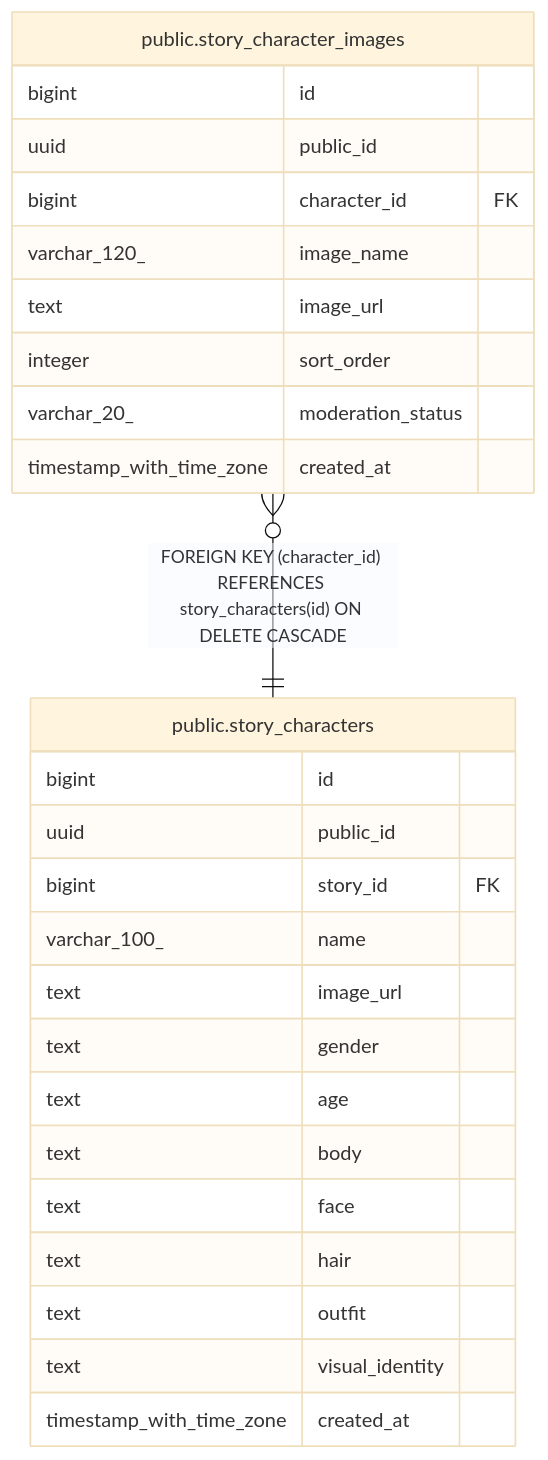
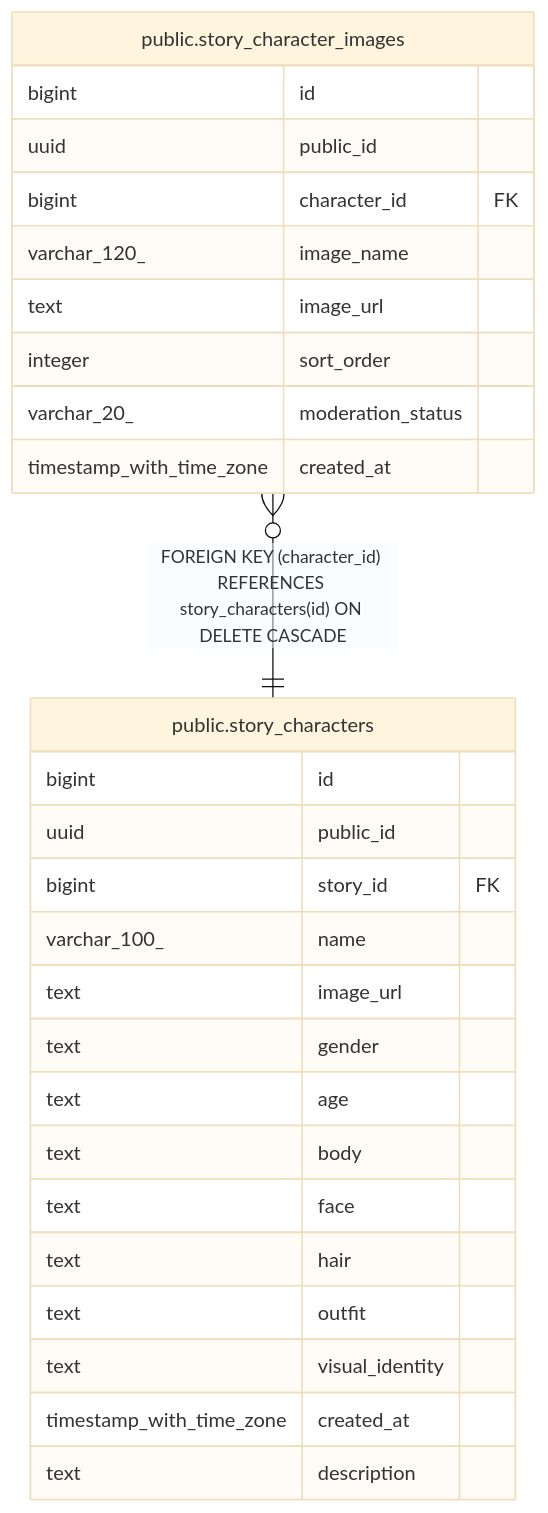
The diagram in dbdoc/public.story_character_images.md (KIM-N-KANG/manyak-server), drawn with Mermaid (base theme) before and after one commit. The commit also changed 14 other files, not shown here.

````diff
--- a/dbdoc/public.story_character_images.md
+++ b/dbdoc/public.story_character_images.md
@@ -37,31 +37,32 @@
 ```mermaid
 erDiagram
 
 "public.story_character_images" }o--|| "public.story_characters" : "FOREIGN KEY (character_id) REFERENCES story_characters(id) ON DELETE CASCADE"
 
 "public.story_character_images" {
   bigint id
   uuid public_id
   bigint character_id FK
   varchar_120_ image_name
   text image_url
   integer sort_order
   varchar_20_ moderation_status
   timestamp_with_time_zone created_at
 }
 "public.story_characters" {
   bigint id
   uuid public_id
   bigint story_id FK
   varchar_100_ name
   text image_url
   text gender
   text age
   text body
   text face
   text hair
   text outfit
   text visual_identity
   timestamp_with_time_zone created_at
+  text description
 }
 ```
````
